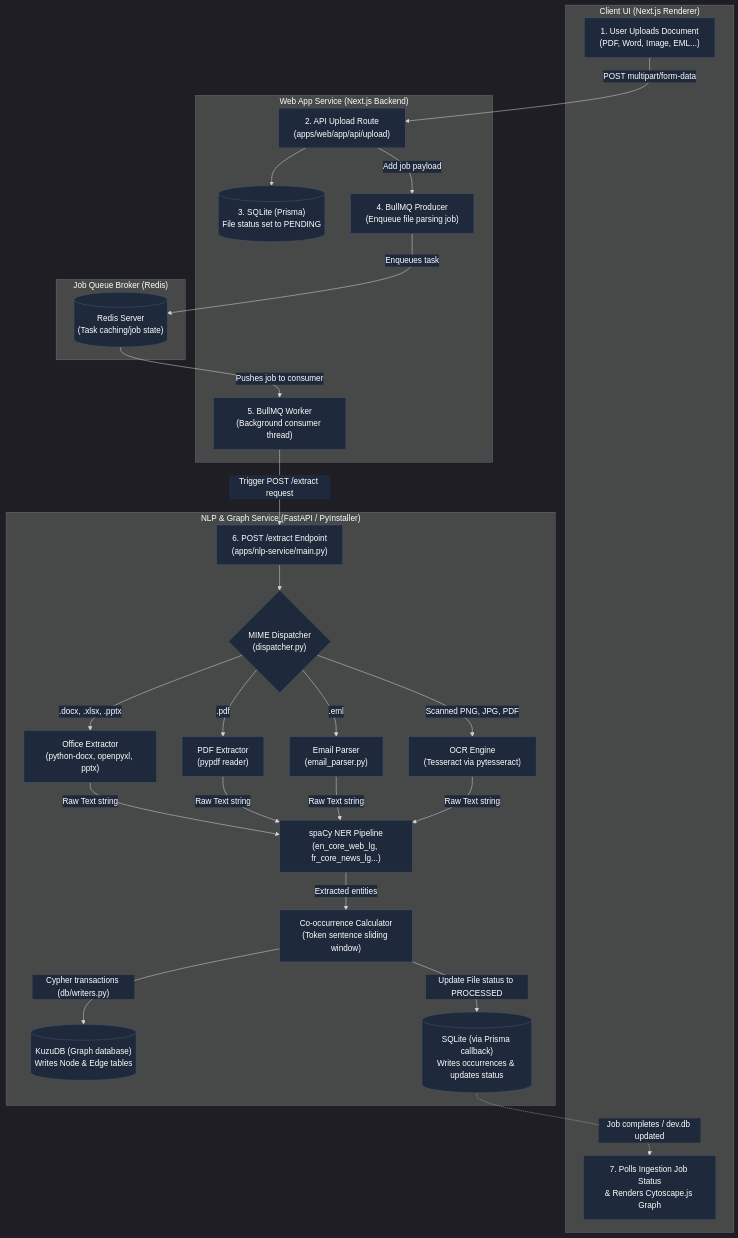
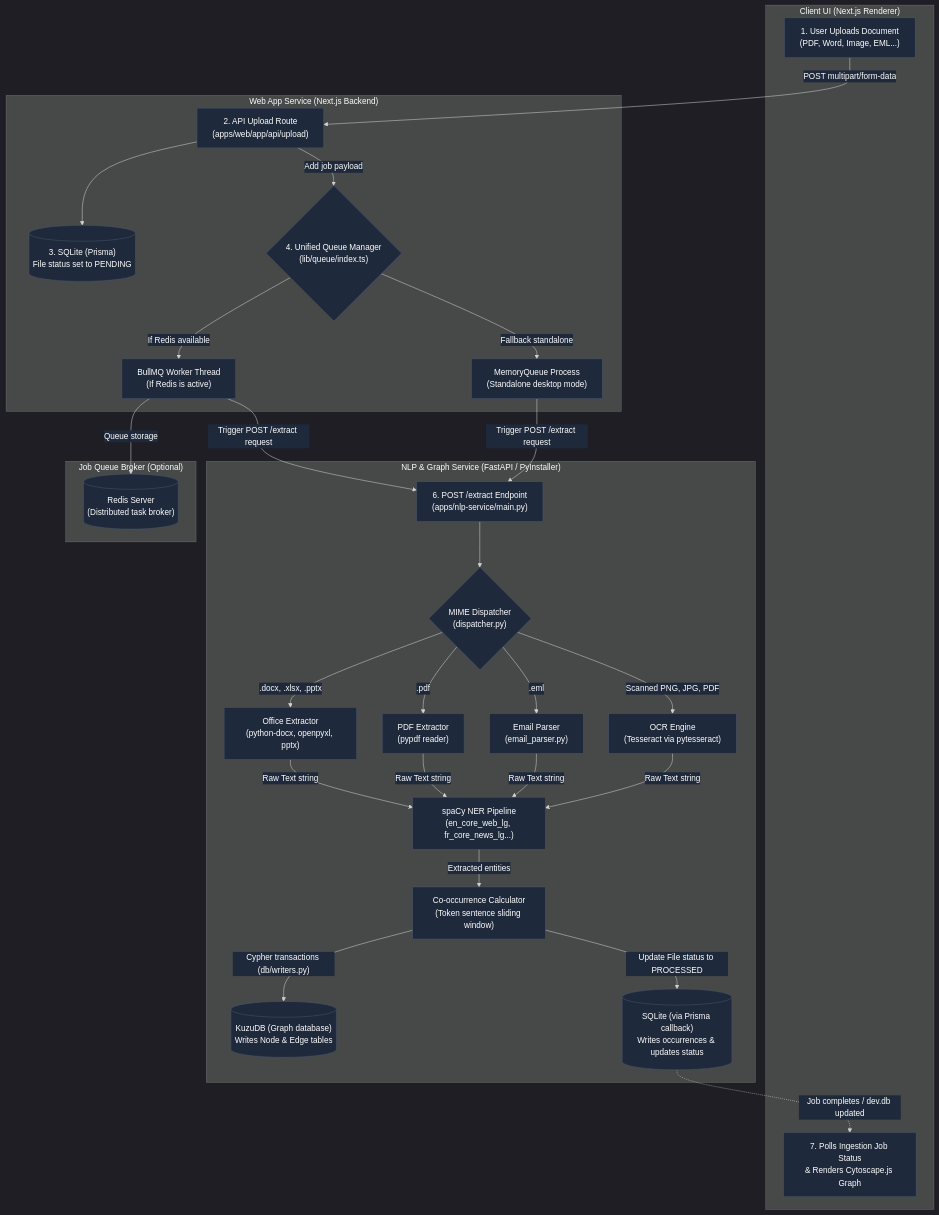
One commit to therealmaxence/Hackmanite changed the fifth of 5 diagrams in wiki/9_Project_Architecture.md. Above: the diagram before and after it, drawn with Mermaid. The commit also changed other lines of this file, not shown here.

Commit message:
docs(wiki): update 9_Project_Architecture.md to reflect current codebase

```diff
--- a/wiki/9_Project_Architecture.md
+++ b/wiki/9_Project_Architecture.md
@@ -254,19 +288,20 @@
 %%{init: {'theme': 'dark', 'themeVariables': { 'textColor': '#ffffff', 'edgeLabelBackground': '#1e293b' }}}%%
 graph TD
     subgraph "Client UI (Next.js Renderer)"
-        Upload["1. User Uploads Document<br>(PDF, Word, Image, EML...)"]
+        Upload["1. User Uploads Document<br>(PDF, Word, Image, EML...)" ]
         Status["7. Polls Ingestion Job Status<br>& Renders Cytoscape.js Graph"]
     end
 
     subgraph "Web App Service (Next.js Backend)"
         APIRoute["2. API Upload Route<br>(apps/web/app/api/upload)"]
         SQLite_Pending[("3. SQLite (Prisma)<br>File status set to PENDING")]
-        BullMQ_Queue["4. BullMQ Producer<br>(Enqueue file parsing job)"]
-        BullMQ_Worker["5. BullMQ Worker<br>(Background consumer thread)"]
+        Unified_Queue{"4. Unified Queue Manager<br>(lib/queue/index.ts)"}
+        BullMQ_Driver["BullMQ Worker Thread<br>(If Redis is active)"]
+        Memory_Driver["MemoryQueue Process<br>(Standalone desktop mode)"]
     end
 
-    subgraph "Job Queue Broker (Redis)"
-        Redis_Broker[("Redis Server<br>(Task caching/job state)")]
+    subgraph "Job Queue Broker (Optional)"
+        Redis_Broker[("Redis Server<br>(Distributed task broker)")]
     end
 
     subgraph "NLP & Graph Service (FastAPI / PyInstaller)"
@@ -278,7 +313,7 @@
         Parser_Email["Email Parser<br>(email_parser.py)"]
         Parser_OCR["OCR Engine<br>(Tesseract via pytesseract)"]
 
-        spaCy_NER["spaCy NER Pipeline<br>(en_core_web_lg, fr_core_news_lg...)"]
+        spaCy_NER["spaCy NER Pipeline<br>(en_core_web_lg, fr_core_news_lg...)" ]
         CoOccur["Co-occurrence Calculator<br>(Token sentence sliding window)"]
         
         Kuzu_Write[("KuzuDB (Graph database)<br>Writes Node & Edge tables")]
@@ -287,11 +322,14 @@
 
     Upload -->|POST multipart/form-data| APIRoute
     APIRoute --> SQLite_Pending
-    APIRoute -->|Add job payload| BullMQ_Queue
-    BullMQ_Queue -->|Enqueues task| Redis_Broker
-    Redis_Broker -->|Pushes job to consumer| BullMQ_Worker
+    APIRoute -->|Add job payload| Unified_Queue
     
-    BullMQ_Worker -->|Trigger POST /extract request| FastAPI_Extract
+    Unified_Queue -->|If Redis available| BullMQ_Driver
+    Unified_Queue -->|Fallback standalone| Memory_Driver
+    BullMQ_Driver -->|Queue storage| Redis_Broker
+    
+    BullMQ_Driver -->|Trigger POST /extract request| FastAPI_Extract
+    Memory_Driver -->|Trigger POST /extract request| FastAPI_Extract
     FastAPI_Extract --> Dispatcher
     
     Dispatcher -->|.docx, .xlsx, .pptx| Parser_Office
@@ -314,8 +352,9 @@
     style Status fill:#1e293b,stroke:#475569,stroke-width:1px,color:#fff
     style APIRoute fill:#1e293b,stroke:#475569,stroke-width:1px,color:#fff
     style SQLite_Pending fill:#1e293b,stroke:#475569,stroke-width:1px,color:#fff
-    style BullMQ_Queue fill:#1e293b,stroke:#475569,stroke-width:1px,color:#fff
-    style BullMQ_Worker fill:#1e293b,stroke:#475569,stroke-width:1px,color:#fff
+    style Unified_Queue fill:#1e293b,stroke:#475569,stroke-width:1px,color:#fff
+    style BullMQ_Driver fill:#1e293b,stroke:#475569,stroke-width:1px,color:#fff
+    style Memory_Driver fill:#1e293b,stroke:#475569,stroke-width:1px,color:#fff
     style Redis_Broker fill:#1e293b,stroke:#475569,stroke-width:1px,color:#fff
     style FastAPI_Extract fill:#1e293b,stroke:#475569,stroke-width:1px,color:#fff
     style Dispatcher fill:#1e293b,stroke:#475569,stroke-width:1px,color:#fff
```
